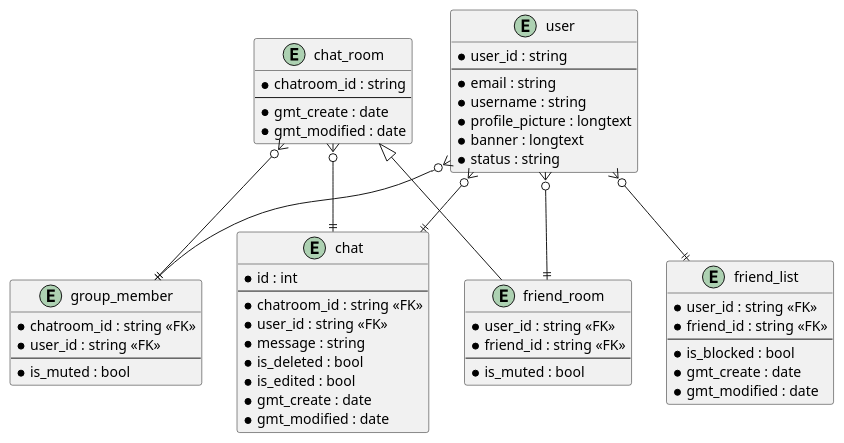
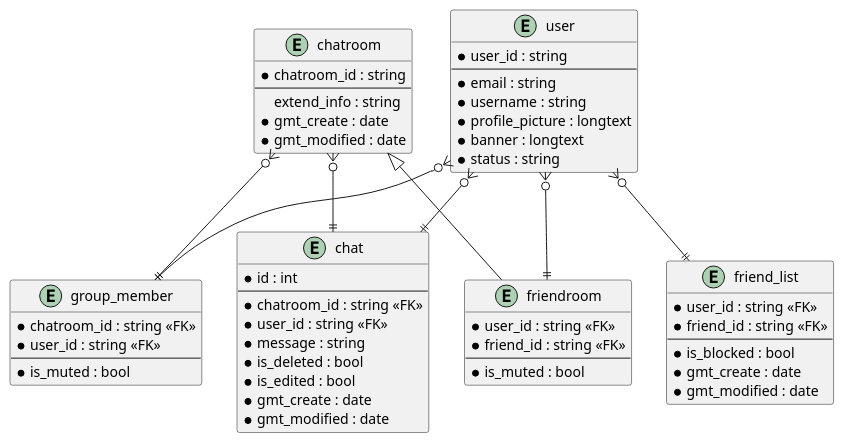
Before and after one commit to aldihsuhandi/springproject: the diagram in model/class diagram.pu, drawn with PlantUML. The commit also changed 1 other file, not shown here.

```diff
--- a/model/class diagram.pu
+++ b/model/class diagram.pu
@@ -1,71 +1,72 @@
 @startuml
 
 entity group_member {
     * chatroom_id : string <<FK>>
     * user_id : string <<FK>>
     --
     * is_muted : bool
 }
 
 entity chat {
     * id : int
     --
     * chatroom_id : string <<FK>>
     * user_id : string <<FK>>
     * message : string
     * is_deleted : bool
     * is_edited : bool
     * gmt_create : date
     * gmt_modified : date
 }
 
 entity user {
     * user_id : string
     --
     * email : string
     * username : string
     * profile_picture : longtext
     * banner : longtext
     * status : string
 }
 
 entity friend_list {
     * user_id : string <<FK>>
     * friend_id : string <<FK>>
     --
     * is_blocked : bool 
     * gmt_create : date
     * gmt_modified : date
 }
 
-entity chat_room {
+entity chatroom {
     * chatroom_id : string
     --
+    extend_info : string
     * gmt_create : date
     * gmt_modified : date
 }
 
-entity friend_room {
+entity friendroom {
     * user_id : string <<FK>>
     * friend_id : string <<FK>>
     --
     * is_muted : bool
 }
 
 ' relation
 user }o--|| friend_list
 
-user }o--|| friend_room
+user }o--|| friendroom
 
 user }o--|| group_member
-chat_room }o--|| group_member
+chatroom }o--|| group_member
 
 user }o--|| chat
-chat_room }o--|| chat
+chatroom }o--|| chat
 
 
 skinparam chatroomInheritance 1
-chat_room <|-- friend_room
+chatroom <|-- friendroom
 
 
 @enduml
```
